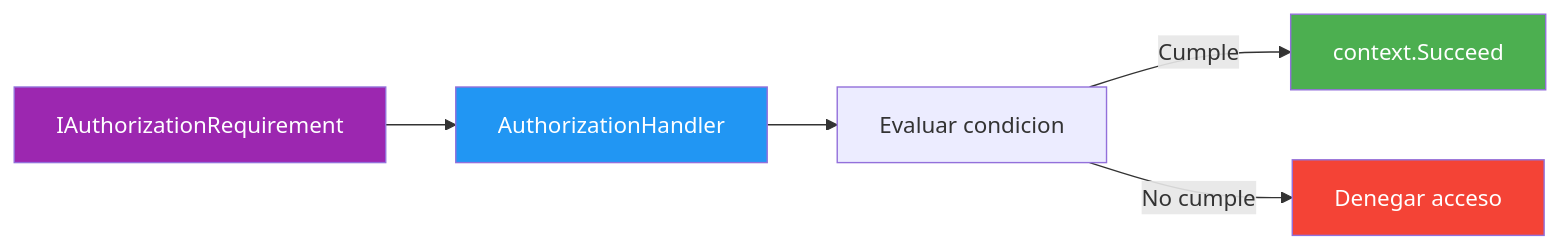
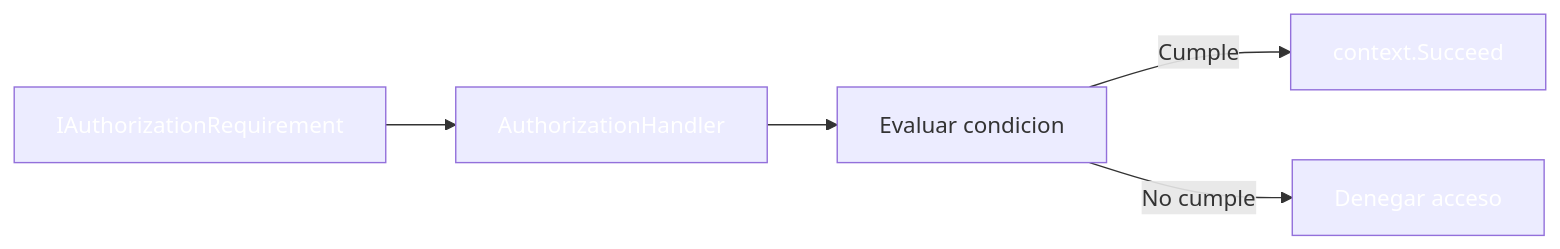
One commit to joseluisgs/DesarrolloWebEntornosServidor-02-2026-2027 changed the tenth of 14 diagrams in 17-autorizacion.md. Above: the diagram before and after it, drawn with Mermaid. The commit also changed other lines of this file and 41 other files, not shown here.

````diff
--- a/17-autorizacion.md
+++ b/17-autorizacion.md
@@ -387,12 +387,12 @@
 ```mermaid
 flowchart LR
     REQ["IAuthorizationRequirement"] --> HANDLER["AuthorizationHandler"]
     HANDLER --> EVALUAR["Evaluar condicion"]
     EVALUAR -->|Cumple| SUCEED["context.Succeed"]
     EVALUAR -->|No cumple| FAIL["Denegar acceso"]
 
-    style REQ fill:#9C27B0,color:#fff
-    style HANDLER fill:#2196F3,color:#fff
-    style SUCEED fill:#4CAF50,color:#fff
-    style FAIL fill:#f44336,color:#fff
+    style REQ fill:#9C27B,color:#fff0,color:#fff
+    style HANDLER fill:#2196F,color:#fff3,color:#fff
+    style SUCEED fill:#4CAF5,color:#fff0,color:#fff
+    style FAIL fill:#f4433,color:#fff6,color:#fff
 ```
````
